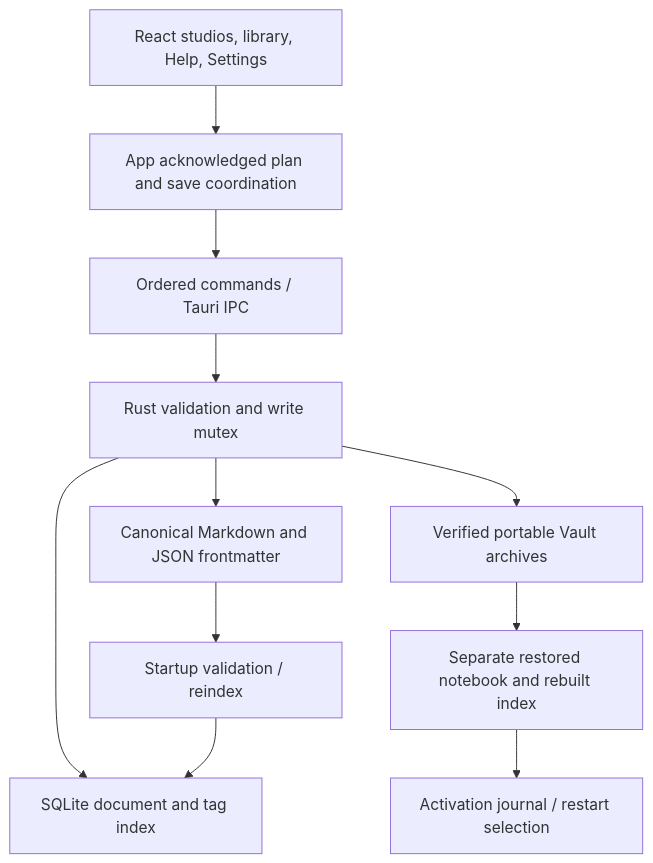
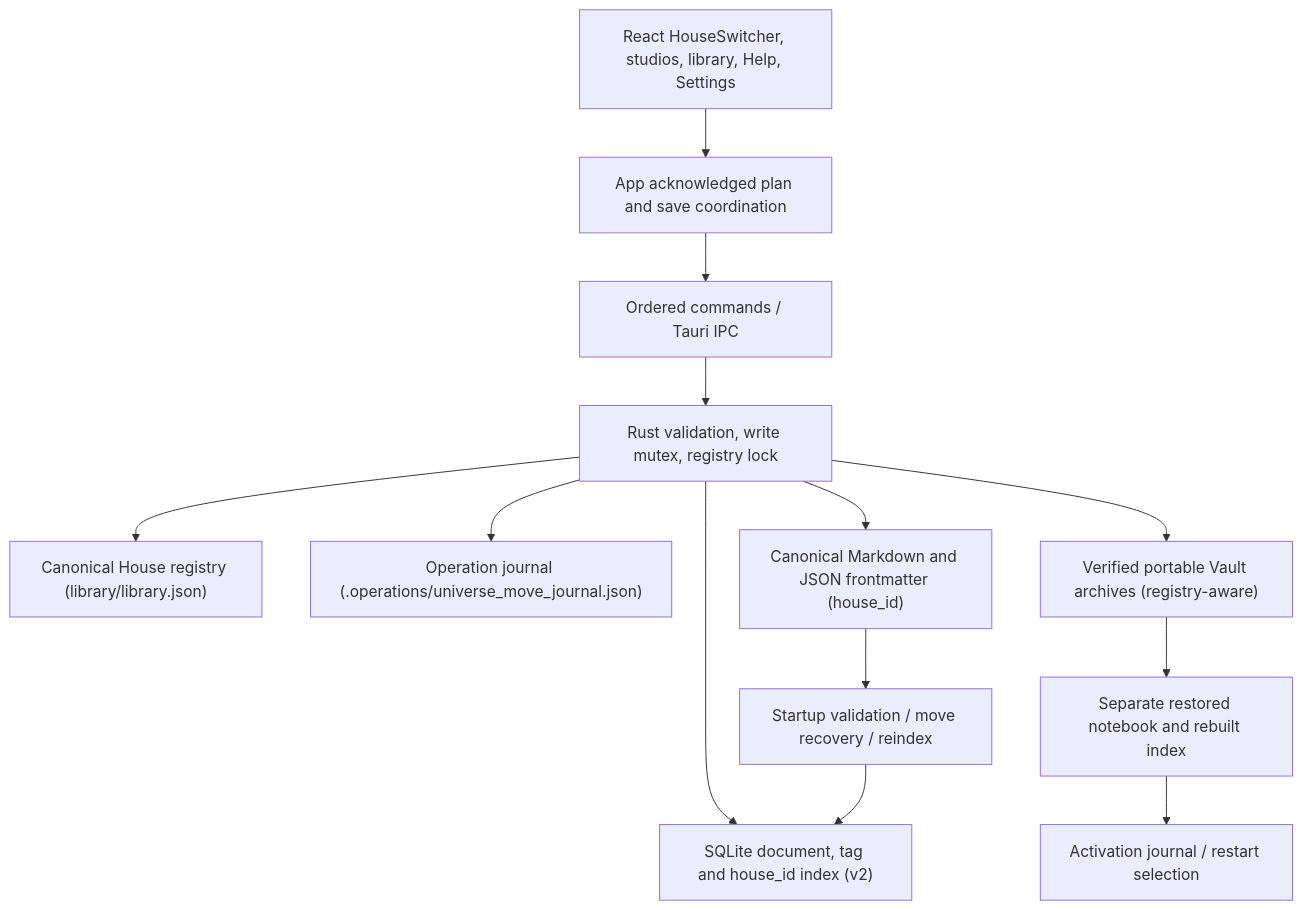
One commit to SerenicuS/MetaCognitionNotebook changed the diagram in SYSTEM_DESIGN.md. Above: the diagram before and after it, drawn with Mermaid. The commit also changed other lines of this file and 62 other files, not shown here.

````diff
--- a/SYSTEM_DESIGN.md
+++ b/SYSTEM_DESIGN.md
@@ -9,13 +9,15 @@
 ```mermaid
 flowchart TD
-    UI["React studios, library, Help, Settings"] --> APP["App acknowledged plan and save coordination"]
+    UI["React HouseSwitcher, studios, library, Help, Settings"] --> APP["App acknowledged plan and save coordination"]
     APP --> IPC["Ordered commands / Tauri IPC"]
-    IPC --> RUST["Rust validation and write mutex"]
-    RUST --> MD["Canonical Markdown and JSON frontmatter"]
-    RUST --> DB["SQLite document and tag index"]
-    MD --> REINDEX["Startup validation / reindex"]
+    IPC --> RUST["Rust validation, write mutex, registry lock"]
+    RUST --> REG["Canonical House registry (library/library.json)"]
+    RUST --> JRN["Operation journal (.operations/universe_move_journal.json)"]
+    RUST --> MD["Canonical Markdown and JSON frontmatter (house_id)"]
+    RUST --> DB["SQLite document, tag and house_id index (v2)"]
+    MD --> REINDEX["Startup validation / move recovery / reindex"]
     REINDEX --> DB
-    RUST --> VAULT["Verified portable Vault archives"]
+    RUST --> VAULT["Verified portable Vault archives (registry-aware)"]
     VAULT --> SLOT["Separate restored notebook and rebuilt index"]
     SLOT --> SELECT["Activation journal / restart selection"]
 ```
````
